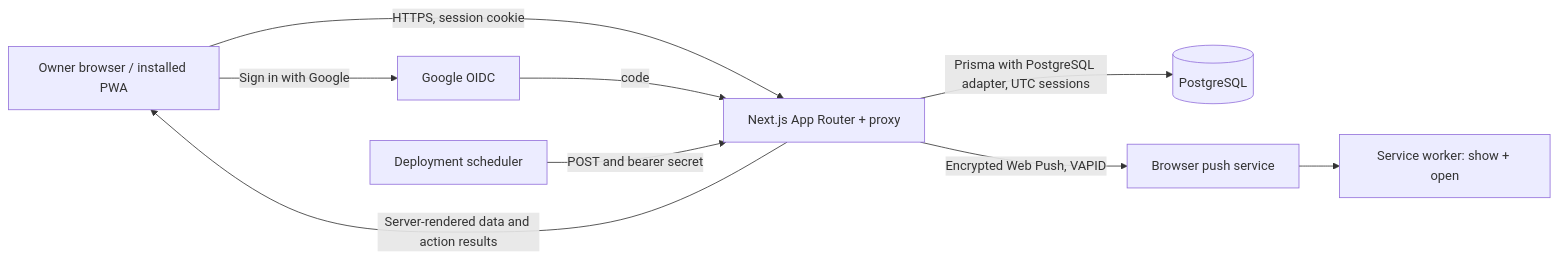
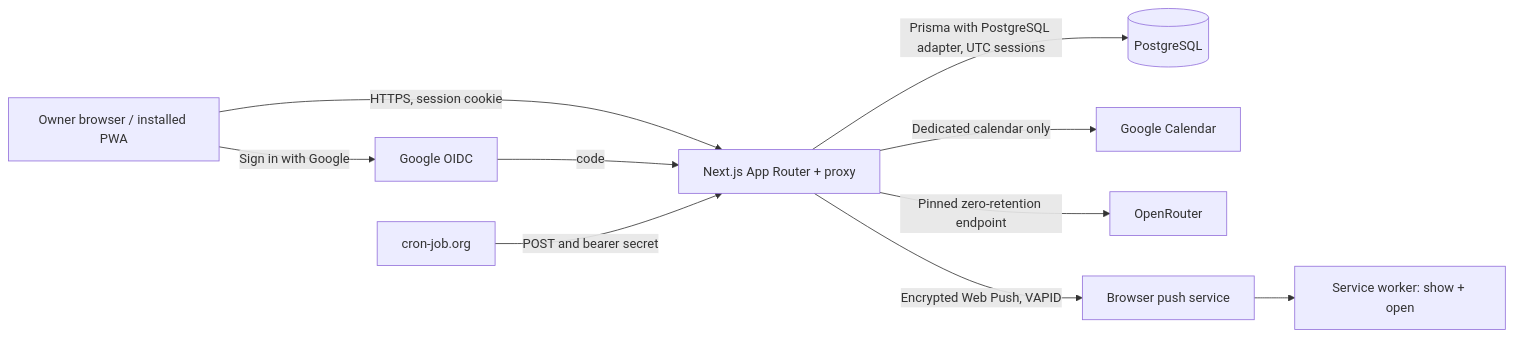
The diagram in docs/architecture/overview.md (Shams261/CareerOs), drawn with Mermaid before and after one commit. The commit also changed other lines of this file and 310 other files, not shown here.

````diff
--- a/docs/architecture/overview.md
+++ b/docs/architecture/overview.md
@@ -7,11 +7,12 @@
 ```mermaid
 flowchart LR
   Owner[Owner browser / installed PWA] -->|HTTPS, session cookie| App[Next.js App Router + proxy]
   Owner -->|Sign in with Google| Google[Google OIDC]
   Google -->|code| App
-  Cron[Deployment scheduler] -->|POST and bearer secret| App
+  Cron[cron-job.org] -->|POST and bearer secret| App
   App -->|Prisma with PostgreSQL adapter, UTC sessions| DB[(PostgreSQL)]
-  App -->|Server-rendered data and action results| Owner
+  App -->|Dedicated calendar only| GCal[Google Calendar]
+  App -->|Pinned zero-retention endpoint| OR[OpenRouter]
   App -->|Encrypted Web Push, VAPID| PushSvc[Browser push service]
   PushSvc --> SW[Service worker: show + open]
 ```
````
